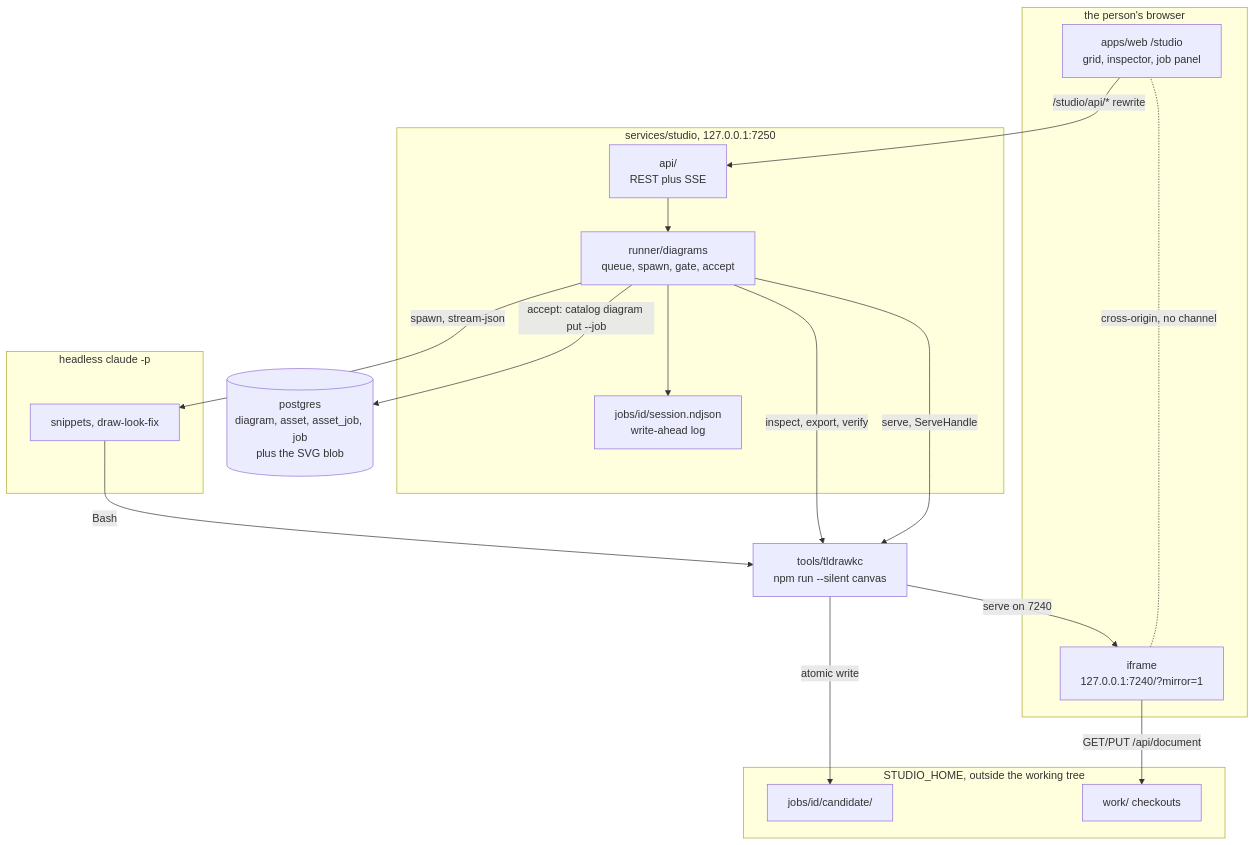
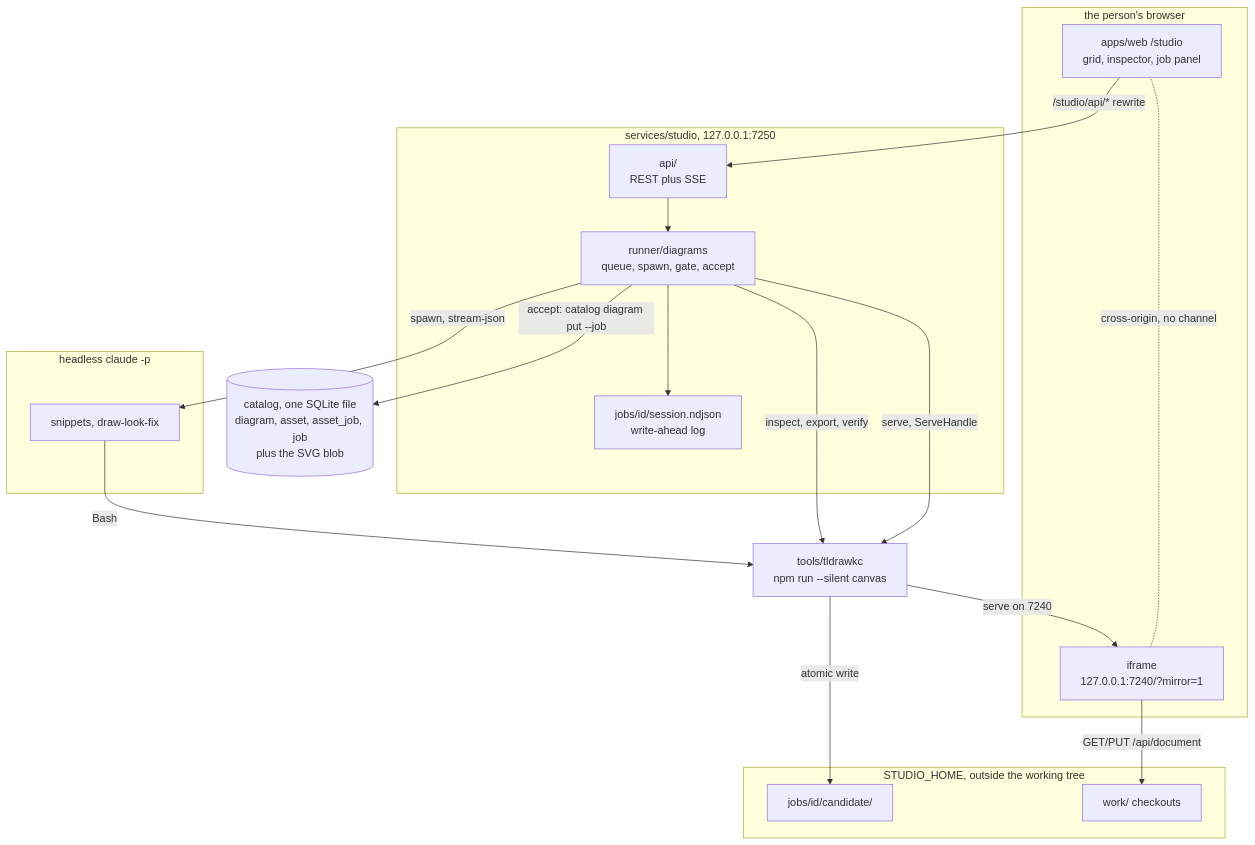
The first of 2 diagrams in docs/TLDRAWKC-INTEGRATION.md (c-wenlong/gnosia-learn), drawn with Mermaid before and after one commit. The commit also changed other lines of this file and 20 other files, not shown here.

First line of the commit message:
Docs: the catalog is one SQLite file, checked against today's code

````diff
--- a/docs/TLDRAWKC-INTEGRATION.md
+++ b/docs/TLDRAWKC-INTEGRATION.md
@@ -70,34 +70,34 @@
 ```mermaid
 flowchart TB
     subgraph browser["the person's browser"]
         UI["apps/web /studio<br/>grid, inspector, job panel"]
         IF["iframe<br/>127.0.0.1:7240/?mirror=1"]
     end
     subgraph studio["services/studio, 127.0.0.1:7250"]
         API["api/<br/>REST plus SSE"]
         RUN["runner/diagrams<br/>queue, spawn, gate, accept"]
         WAL["jobs/id/session.ndjson<br/>write-ahead log"]
     end
     subgraph agent["headless claude -p"]
         CL["snippets, draw-look-fix"]
     end
     subgraph files["STUDIO_HOME, outside the working tree"]
         CAND["jobs/id/candidate/"]
         COMM["work/ checkouts"]
     end
-    CAT[("postgres<br/>diagram, asset, asset_job, job<br/>plus the SVG blob")]
+    CAT[("catalog, one SQLite file<br/>diagram, asset, asset_job, job<br/>plus the SVG blob")]
     TK["tools/tldrawkc<br/>npm run --silent canvas"]
 
     UI -- "/studio/api/* rewrite" --> API
     API --> RUN
     RUN --> WAL
     RUN -- "spawn, stream-json" --> CL
     CL -- "Bash" --> TK
     TK -- "atomic write" --> CAND
     RUN -- "inspect, export, verify" --> TK
     RUN -- "accept: catalog diagram put --job" --> CAT
     RUN -- "serve, ServeHandle" --> TK
     IF -. "cross-origin, no channel" .- UI
     TK -- "serve on 7240" --> IF
     IF -- "GET/PUT /api/document" --> COMM
 ```
````
